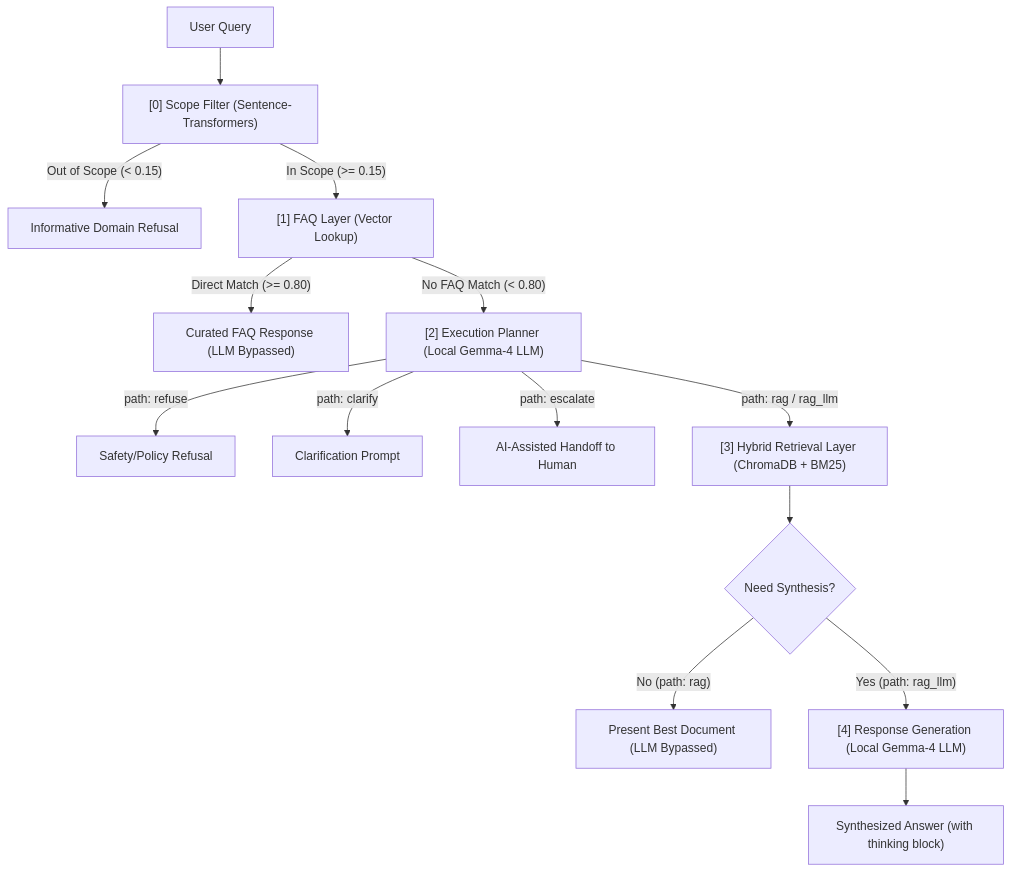
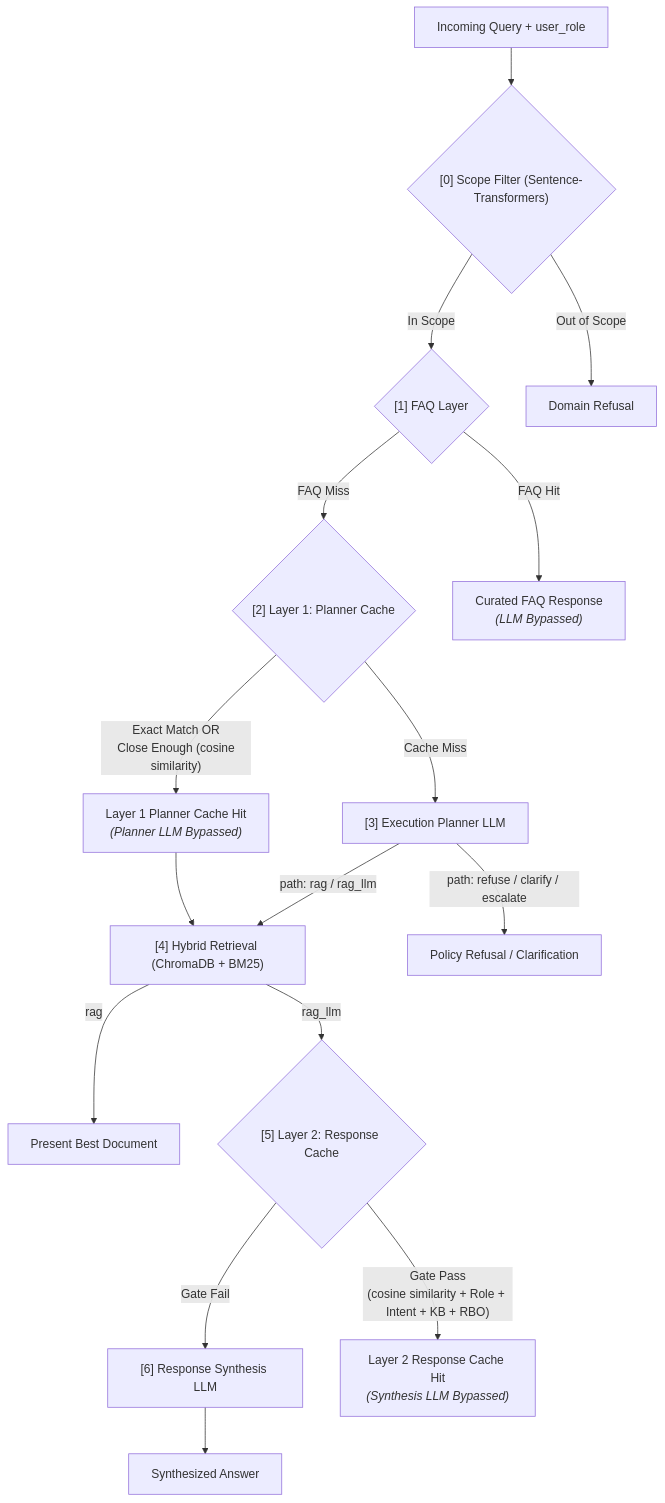
One commit to Yiu-dororong/AI-support-routing-system changed the diagram in README.md. Above: the diagram before and after it, drawn with Mermaid. The commit also changed other lines of this file and 3 other files, not shown here.

Commit message:
docs(cache): add horizontal dual-layer cache flowchart and update environment configs

````diff
--- a/README.md
+++ b/README.md
@@ -32,21 +32,25 @@
 ```mermaid
-graph TD
-    Query[User Query] --> ScopeFilter["[0] Scope Filter (Sentence-Transformers)"]
-    
-    ScopeFilter -- "Out of Scope (< 0.15)" --> Refusal["Informative Domain Refusal"]
-    ScopeFilter -- "In Scope (>= 0.15)" --> FAQLayer["[1] FAQ Layer (Vector Lookup)"]
-    
-    FAQLayer -- "Direct Match (>= 0.80)" --> FAQBypass["Curated FAQ Response (LLM Bypassed)"]
-    FAQLayer -- "No FAQ Match (< 0.80)" --> ExecPlanner["[2] Execution Planner (Local Gemma-4 LLM)"]
-    
-    ExecPlanner -- "path: refuse" --> SafeRefusal["Safety/Policy Refusal"]
-    ExecPlanner -- "path: clarify" --> Clarify["Clarification Prompt"]
-    ExecPlanner -- "path: escalate" --> Handoff["AI-Assisted Handoff to Human"]
-    ExecPlanner -- "path: rag / rag_llm" --> Retrieve["[3] Hybrid Retrieval Layer (ChromaDB + BM25)"]
-    
-    Retrieve --> PathSplit{"Need Synthesis?"}
-    PathSplit -- "No (path: rag)" --> DirectDoc["Present Best Document (LLM Bypassed)"]
-    PathSplit -- "Yes (path: rag_llm)" --> LLMGen["[4] Response Generation (Local Gemma-4 LLM)"]
-    
-    LLMGen --> SynthesizedAnswer["Synthesized Answer (with thinking block)"]
+flowchart TD
+    Q["Incoming Query + user_role"] --> Scope{"[0] Scope Filter (Sentence-Transformers)"}
+
+    %% Main vertical pipeline
+    Scope -- "In Scope" --> FAQ{"[1] FAQ Layer"}
+    FAQ -- "FAQ Miss" --> L1{"[2] Layer 1: Planner Cache"}
+    L1 -- "Cache Miss" --> Planner["[3] Execution Planner LLM"]
+    Planner -- "path: rag / rag_llm" --> Retrieval["[4] Hybrid Retrieval (ChromaDB + BM25)"]
+    Retrieval -- "rag" --> DirectRAG["Present Best Document"]
+    Retrieval -- "rag_llm" --> L2{"[5] Layer 2: Response Cache"}
+    L2 -- "Gate Fail" --> Synthesis["[6] Response Synthesis LLM"]
+    Synthesis --> FinalOut["Synthesized Answer"]
+
+    %% Horizontal branch-outs to short-circuit outcomes (rightward)
+    Scope -- "Out of Scope" --> ExitScope["Domain Refusal"]
+    FAQ -- "FAQ Hit" --> ExitFAQ["Curated FAQ Response<br/><i>(LLM Bypassed)</i>"]
+
+    L1 -- "Exact Match OR<br/> Close Enough (cosine similarity)" --> L1Hit["Layer 1 Planner Cache Hit<br/><i>(Planner LLM Bypassed)</i>"]
+    L1Hit --> Retrieval
+
+    Planner -- "path: refuse / clarify / escalate" --> ExitPolicy["Policy Refusal / Clarification"]
+
+    L2 -- "Gate Pass<br/>(cosine similarity + Role + Intent + KB + RBO)" --> ExitL2["Layer 2 Response Cache Hit<br/><i>(Synthesis LLM Bypassed)</i>"]
 ```
````
